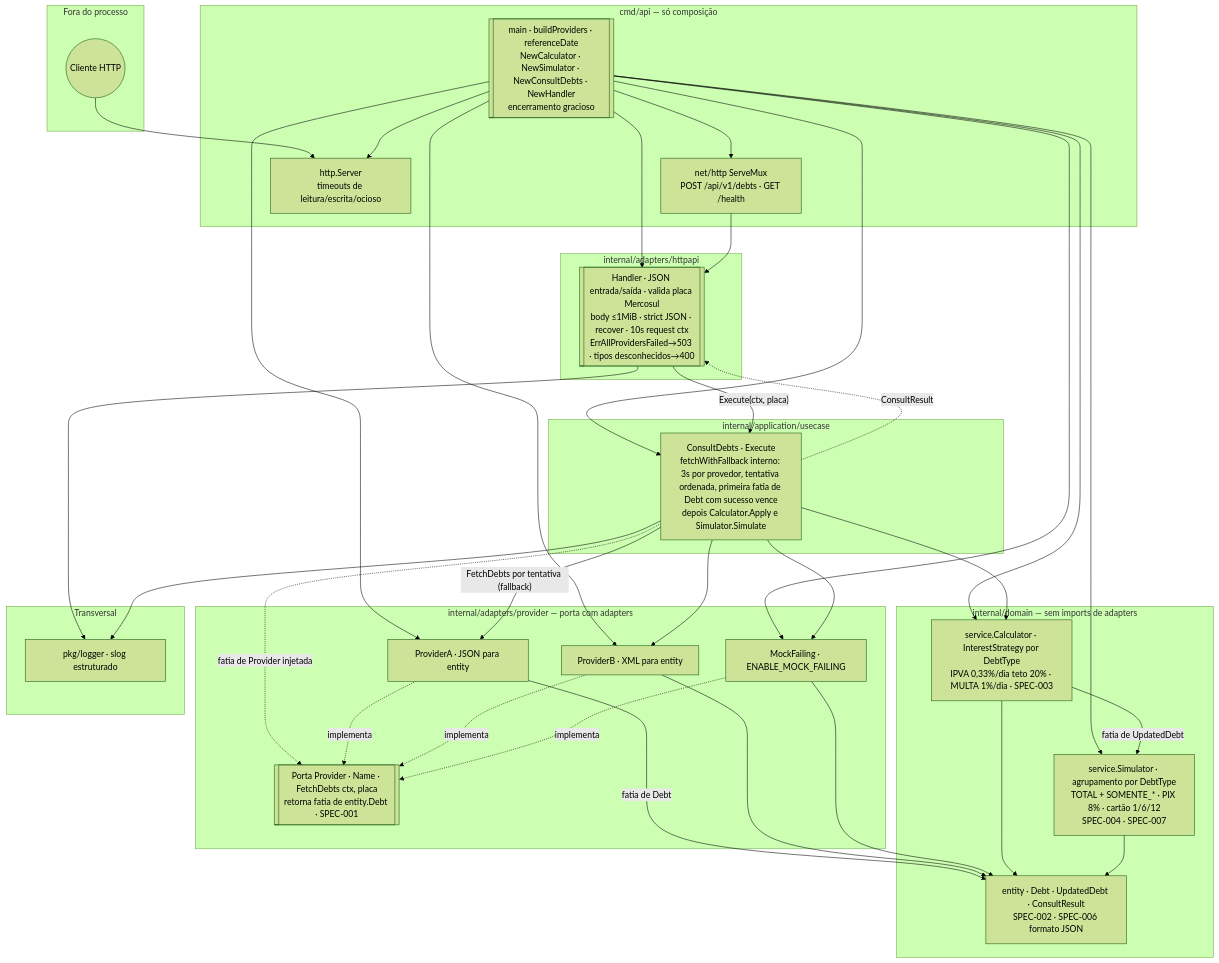
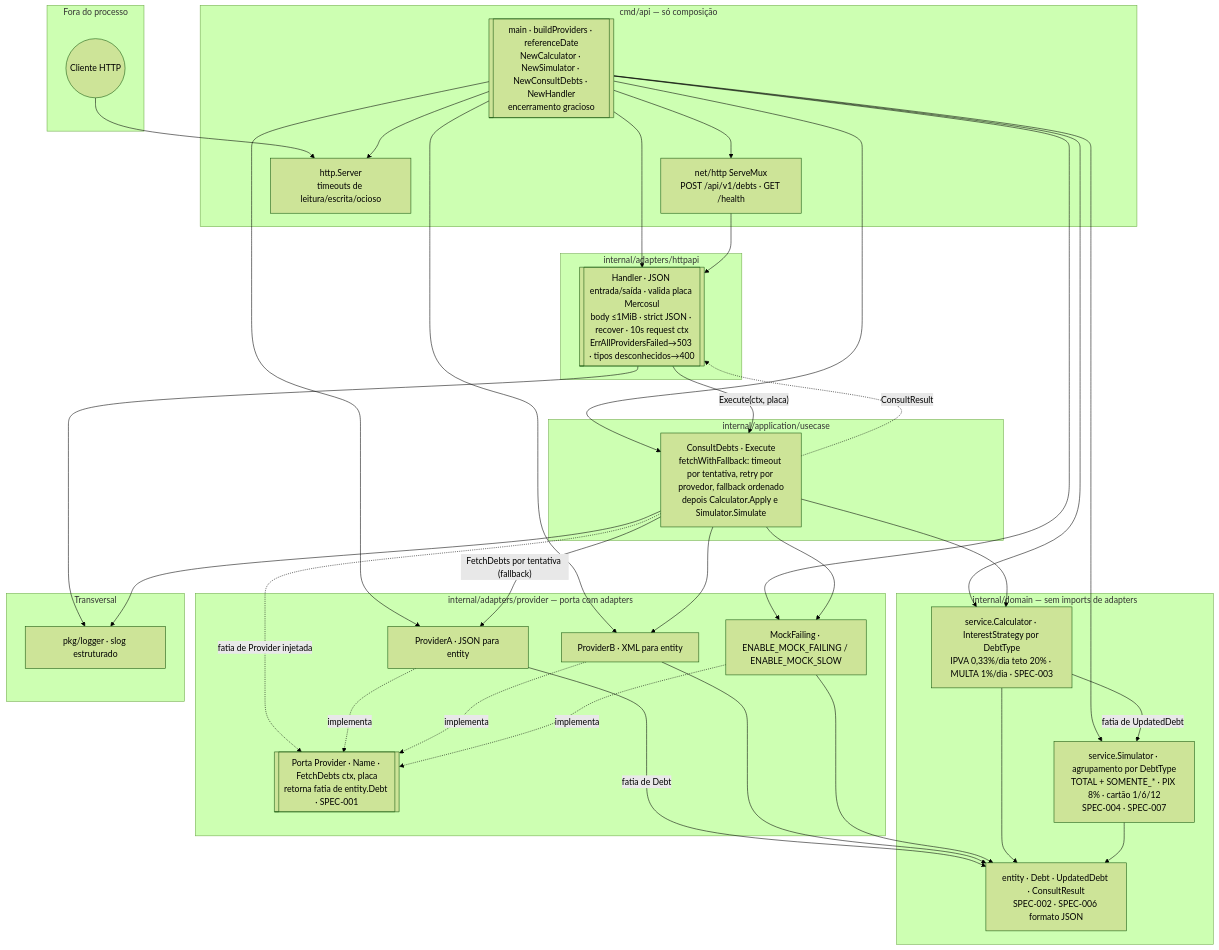
The diagram in README.md (Celso-Alves/car-payment-gateway), drawn with Mermaid (forest theme) before and after one commit. The commit also changed other lines of this file, not shown here.

First line of the commit message:
docs: add retry + backoff demo section to README

````diff
--- a/README.md
+++ b/README.md
@@ -138,72 +170,72 @@
 ```mermaid
 flowchart TB
     subgraph External["Fora do processo"]
         CLI((Cliente HTTP))
     end
 
     subgraph Composition["cmd/api — só composição"]
         MAIN[[main · buildProviders · referenceDate\nNewCalculator · NewSimulator · NewConsultDebts · NewHandler\nencerramento gracioso]]
         MUX["net/http ServeMux\nPOST /api/v1/debts · GET /health"]
         SRV["http.Server\ntimeouts de leitura/escrita/ocioso"]
     end
 
     subgraph AdapterHTTP["internal/adapters/httpapi"]
         HND[[Handler · JSON entrada/saída · valida placa Mercosul\nbody ≤1MiB · strict JSON · recover · 10s request ctx\nErrAllProvidersFailed→503 · tipos desconhecidos→400]]
     end
 
     subgraph Application["internal/application/usecase"]
-        UC["ConsultDebts · Execute\nfetchWithFallback interno: 3s por provedor, tentativa ordenada, primeira fatia de Debt com sucesso vence\ndepois Calculator.Apply e Simulator.Simulate"]
+        UC["ConsultDebts · Execute\nfetchWithFallback: timeout por tentativa, retry por provedor, fallback ordenado\ndepois Calculator.Apply e Simulator.Simulate"]
     end
 
     subgraph Domain["internal/domain — sem imports de adapters"]
         ENT["entity · Debt · UpdatedDebt · ConsultResult\nSPEC-002 · SPEC-006 formato JSON"]
         CALC["service.Calculator · InterestStrategy por DebtType\nIPVA 0,33%/dia teto 20% · MULTA 1%/dia · SPEC-003"]
         SIM["service.Simulator · agrupamento por DebtType\nTOTAL + SOMENTE_* · PIX 8% · cartão 1/6/12\nSPEC-004 · SPEC-007"]
     end
 
     subgraph ProviderPkg["internal/adapters/provider — porta com adapters"]
         PORT[[Porta Provider · Name · FetchDebts ctx, placa\nretorna fatia de entity.Debt · SPEC-001]]
         PA["ProviderA · JSON para entity"]
         PB["ProviderB · XML para entity"]
-        MF["MockFailing · ENABLE_MOCK_FAILING"]
+        MF["MockFailing · ENABLE_MOCK_FAILING / ENABLE_MOCK_SLOW"]
     end
 
     subgraph CrossCutting["Transversal"]
         LOG["pkg/logger · slog estruturado"]
     end
 
     CLI --> SRV
     MAIN --> MUX
     MAIN --> SRV
     MAIN --> HND
     MAIN --> UC
     MAIN --> CALC
     MAIN --> SIM
     MAIN --> PA
     MAIN --> PB
     MAIN --> MF
     MUX --> HND
 
     HND -->|"Execute(ctx, placa)"| UC
     HND --> LOG
     UC --> LOG
     UC -.->|fatia de Provider injetada| PORT
 
     UC -->|"FetchDebts por tentativa (fallback)"| PA
     UC --> PB
     UC --> MF
 
     PA -->|fatia de Debt| ENT
     PB --> ENT
     MF --> ENT
 
     UC --> CALC
     CALC -->|fatia de UpdatedDebt| SIM
     CALC --> ENT
     SIM --> ENT
     UC -.->|"ConsultResult"| HND
 
     PA -.implementa.-> PORT
     PB -.implementa.-> PORT
     MF -.implementa.-> PORT
 ```
````
